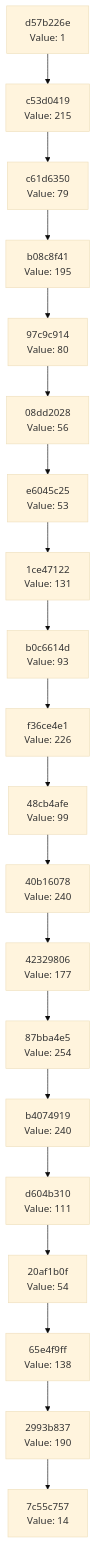
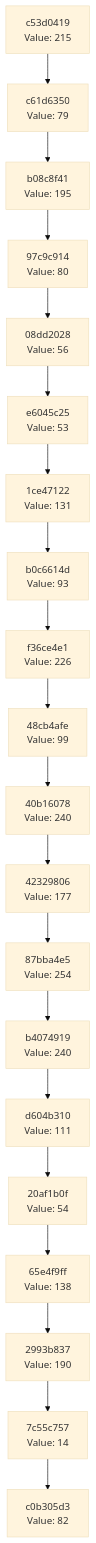
One commit to Abhisheksinha1506/hash-chain-evolver changed the diagram in docs/CHAIN_VISUALIZATION.md. Above: the diagram before and after it, drawn with Mermaid (base theme). The commit also changed 3 other files, not shown here.

````diff
--- a/docs/CHAIN_VISUALIZATION.md
+++ b/docs/CHAIN_VISUALIZATION.md
@@ -3,42 +3,42 @@
 ```mermaid
 graph TD
-    C0["7c55c757<br/>Value: 14"]
-    C1["2993b837<br/>Value: 190"]
+    C0["c0b305d3<br/>Value: 82"]
+    C1["7c55c757<br/>Value: 14"]
     C1 --> C0
-    C2["65e4f9ff<br/>Value: 138"]
+    C2["2993b837<br/>Value: 190"]
     C2 --> C1
-    C3["20af1b0f<br/>Value: 54"]
+    C3["65e4f9ff<br/>Value: 138"]
     C3 --> C2
-    C4["d604b310<br/>Value: 111"]
+    C4["20af1b0f<br/>Value: 54"]
     C4 --> C3
-    C5["b4074919<br/>Value: 240"]
+    C5["d604b310<br/>Value: 111"]
     C5 --> C4
-    C6["87bba4e5<br/>Value: 254"]
+    C6["b4074919<br/>Value: 240"]
     C6 --> C5
-    C7["42329806<br/>Value: 177"]
+    C7["87bba4e5<br/>Value: 254"]
     C7 --> C6
-    C8["40b16078<br/>Value: 240"]
+    C8["42329806<br/>Value: 177"]
     C8 --> C7
-    C9["48cb4afe<br/>Value: 99"]
+    C9["40b16078<br/>Value: 240"]
     C9 --> C8
-    C10["f36ce4e1<br/>Value: 226"]
+    C10["48cb4afe<br/>Value: 99"]
     C10 --> C9
-    C11["b0c6614d<br/>Value: 93"]
+    C11["f36ce4e1<br/>Value: 226"]
     C11 --> C10
-    C12["1ce47122<br/>Value: 131"]
+    C12["b0c6614d<br/>Value: 93"]
     C12 --> C11
-    C13["e6045c25<br/>Value: 53"]
+    C13["1ce47122<br/>Value: 131"]
     C13 --> C12
-    C14["08dd2028<br/>Value: 56"]
+    C14["e6045c25<br/>Value: 53"]
     C14 --> C13
-    C15["97c9c914<br/>Value: 80"]
+    C15["08dd2028<br/>Value: 56"]
     C15 --> C14
-    C16["b08c8f41<br/>Value: 195"]
+    C16["97c9c914<br/>Value: 80"]
     C16 --> C15
-    C17["c61d6350<br/>Value: 79"]
+    C17["b08c8f41<br/>Value: 195"]
     C17 --> C16
-    C18["c53d0419<br/>Value: 215"]
+    C18["c61d6350<br/>Value: 79"]
     C18 --> C17
-    C19["d57b226e<br/>Value: 1"]
+    C19["c53d0419<br/>Value: 215"]
     C19 --> C18
 ```
````
